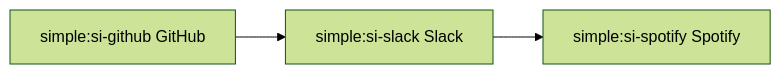
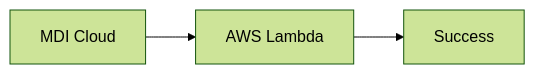
One commit to aerdman1/Erd-Docs changed the diagram in docs/MDX/simple-banner/test.md. Above: the diagram before and after it, drawn with Mermaid (forest theme).

Commit message:
Update doc `test`

````diff
--- a/docs/MDX/simple-banner/test.md
+++ b/docs/MDX/simple-banner/test.md
@@ -11,6 +11,6 @@
 ```mermaid
 flowchart LR
-  A[simple:si-github GitHub] --> B[simple:si-slack Slack]
-  B --> C[simple:si-spotify Spotify]
+  A[<span class="iconify" data-icon="mdi:cloud"></span>  MDI Cloud] --> B[<span class="iconify" data-icon="logos:aws-lambda"></span>  AWS Lambda]
+  B --> C[<span class="iconify" data-icon="mdi:check-circle"></span>  Success]
 
 ```
````
